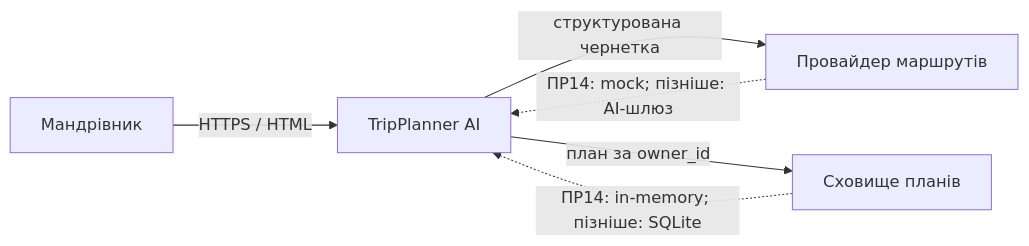
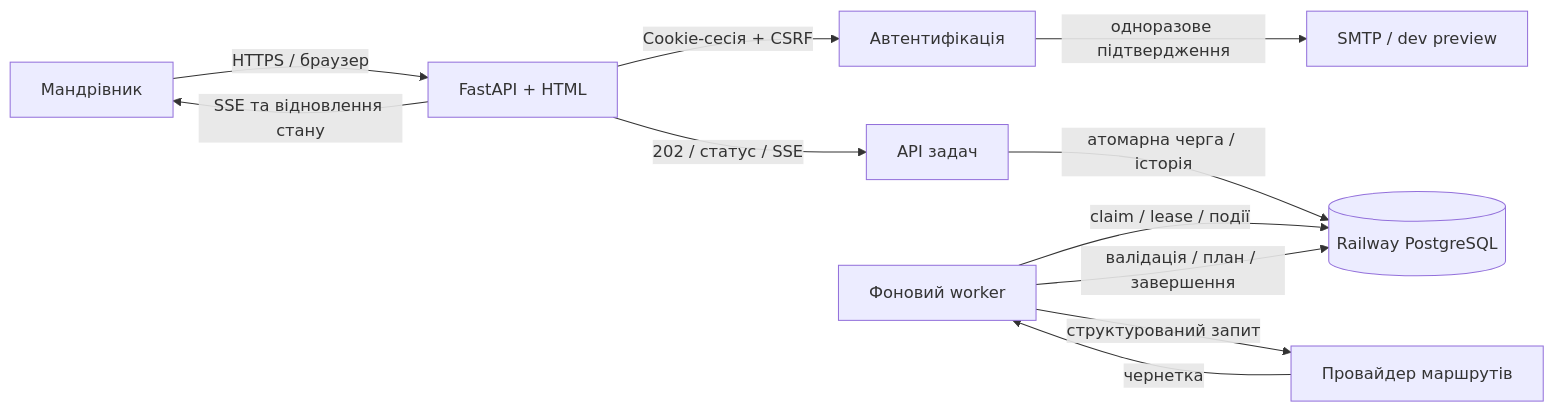
The first of 2 diagrams in docs/architecture.md (BobaBobus123/TripPlanner-AI), drawn with Mermaid before and after one commit. The commit also changed other lines of this file and 30 other files, not shown here.

````diff
--- a/docs/architecture.md
+++ b/docs/architecture.md
@@ -7,8 +7,13 @@
 ```mermaid
 flowchart LR
-    User[Мандрівник] -->|HTTPS / HTML| App[TripPlanner AI]
-    App -->|структурована чернетка| Provider[Провайдер маршрутів]
-    App -->|план за owner_id| Storage[Сховище планів]
-    Provider -.->|ПР14: mock; пізніше: AI-шлюз| App
-    Storage -.->|ПР14: in-memory; пізніше: SQLite| App
+    User[Мандрівник] -->|HTTPS / браузер| Web[FastAPI + HTML]
+    Web -->|Cookie-сесія + CSRF| Auth[Автентифікація]
+    Auth -->|одноразове підтвердження| Mail[SMTP / dev preview]
+    Web -->|202 / статус / SSE| Jobs[API задач]
+    Jobs -->|атомарна черга / історія| DB[(Railway PostgreSQL)]
+    Worker[Фоновий worker] -->|claim / lease / події| DB
+    Worker -->|структурований запит| Provider[Провайдер маршрутів]
+    Provider -->|чернетка| Worker
+    Worker -->|валідація / план / завершення| DB
+    Web -->|SSE та відновлення стану| User
 ```
````
